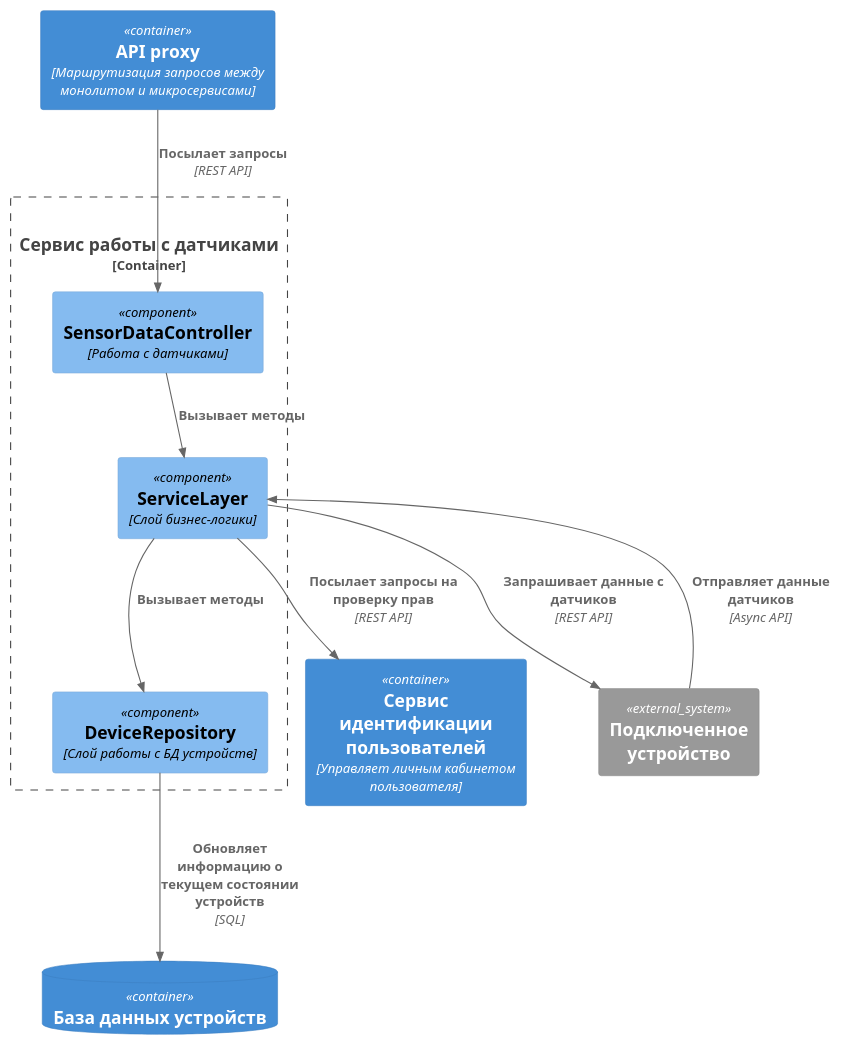
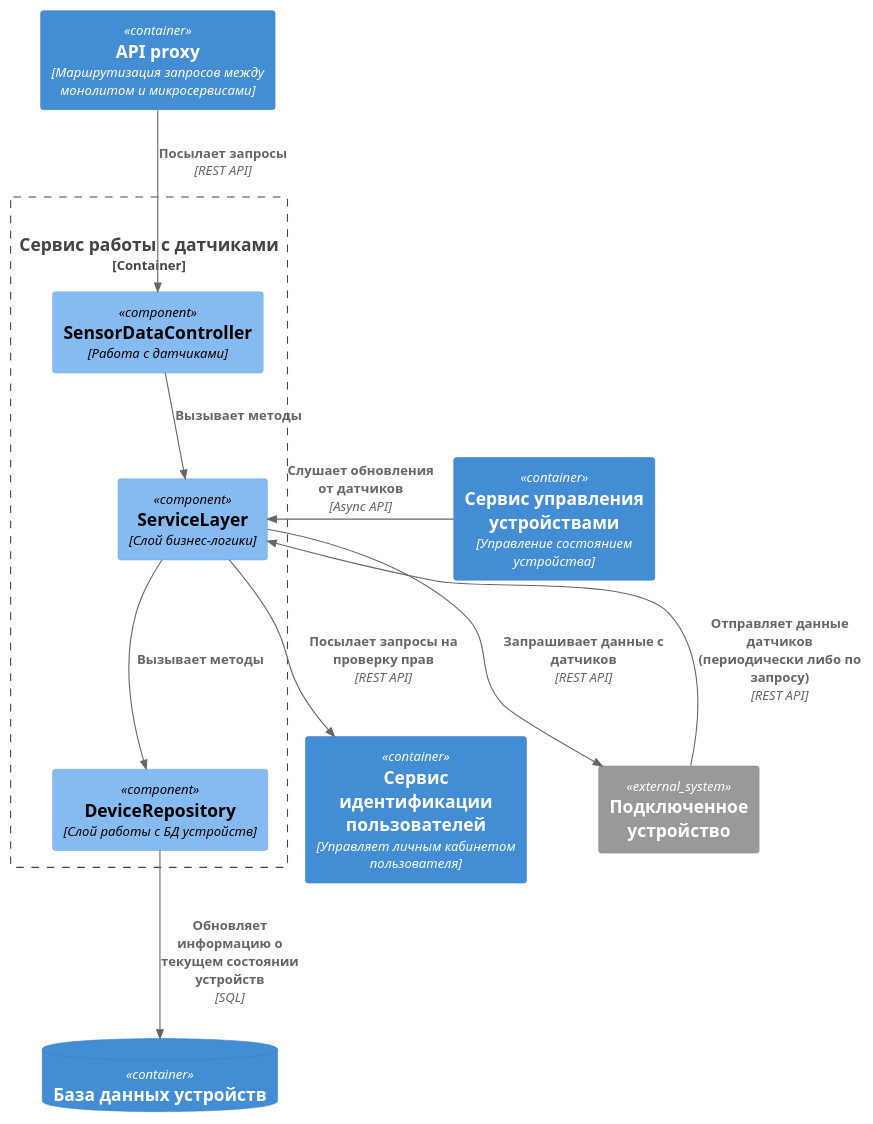
Before and after one commit to JohnnyKikman/architecture-pro-warmhouse: the diagram in docs/diagrams/component/Warmhouse_telemetryService.puml, drawn with PlantUML. The commit also changed 3 other files, not shown here.

Commit message:
Fixed minor issues with C4 diagrams

```diff
--- a/docs/diagrams/component/Warmhouse_telemetryService.puml
+++ b/docs/diagrams/component/Warmhouse_telemetryService.puml
@@ -1,23 +1,25 @@
 @startuml
 !include https://raw.githubusercontent.com/plantuml-stdlib/C4-PlantUML/master/C4_Component.puml
 
 Container(proxy, "API proxy", "Маршрутизация запросов между монолитом и микросервисами")
 Container(userService, "Сервис идентификации пользователей", "Управляет личным кабинетом пользователя")
+Container(deviceControlService, "Сервис управления устройствами", "Управление состоянием устройства")
 Container_Boundary(telemetryService, "Сервис работы с датчиками", "telemetryService") {
     Component(telemetryController, "SensorDataController", "Работа с датчиками")
     Component(serviceLayer, "ServiceLayer", "Слой бизнес-логики")
     Component(deviceRepository, "DeviceRepository", "Слой работы с БД устройств")
 }
 ContainerDb(deviceDatabase, "База данных устройств")
 System_Ext(device, "Подключенное устройство")
 
 Rel_D(proxy, telemetryController, "Посылает запросы", "REST API")
 Rel_D(telemetryController, serviceLayer, "Вызывает методы")
 Rel_D(serviceLayer, deviceRepository, "Вызывает методы")
 Rel(deviceRepository, deviceDatabase, "Обновляет информацию о текущем состоянии устройств", "SQL")
 Rel_D(serviceLayer, userService, "Посылает запросы на проверку прав", "REST API")
 
 Rel_D(serviceLayer, device, "Запрашивает данные с датчиков", "REST API")
-Rel_U(device, serviceLayer, "Отправляет данные датчиков", "Async API")
+Rel_U(device, serviceLayer, "Отправляет данные датчиков (периодически либо по запросу)", "REST API")
+Rel_L(deviceControlService, serviceLayer, "Слушает обновления от датчиков", "Async API")
 
 @enduml
```
